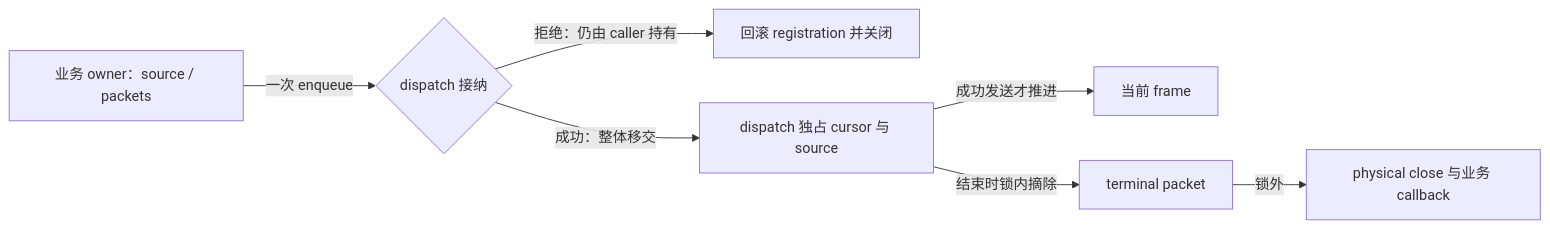
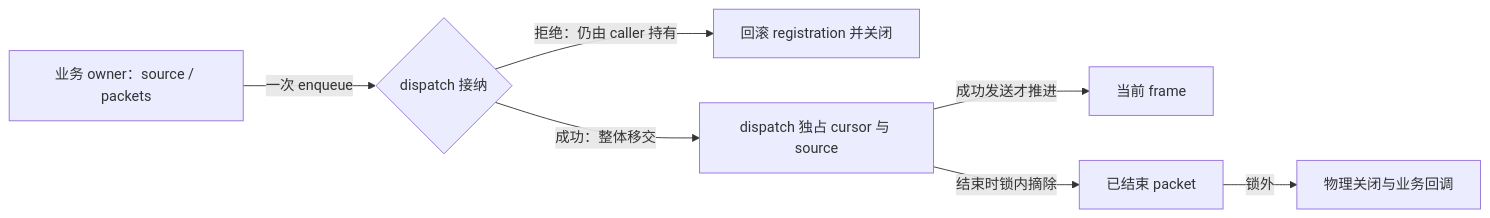
Before and after one commit to YesSteveModel/YesSteveModel: the diagram in docs/architecture/network/implementation/asset-transfer.md, drawn with Mermaid. The commit also changed other lines of this file and 1109 other files, not shown here.

````diff
--- a/docs/architecture/network/implementation/asset-transfer.md
+++ b/docs/architecture/network/implementation/asset-transfer.md
@@ -33,9 +37,9 @@
 ```mermaid
 flowchart LR
     Source["业务 owner：source / packets"] -->|一次 enqueue| Gate{"dispatch 接纳"}
     Gate -->|拒绝：仍由 caller 持有| Caller["回滚 registration 并关闭"]
     Gate -->|成功：整体移交| Dispatch["dispatch 独占 cursor 与 source"]
     Dispatch -->|成功发送才推进| Frame["当前 frame"]
-    Dispatch -->|结束时锁内摘除| Detached["terminal packet"]
-    Detached -->|锁外| Close["physical close 与业务 callback"]
+    Dispatch -->|结束时锁内摘除| Detached["已结束 packet"]
+    Detached -->|锁外| Close["物理关闭与业务回调"]
 ```
````
